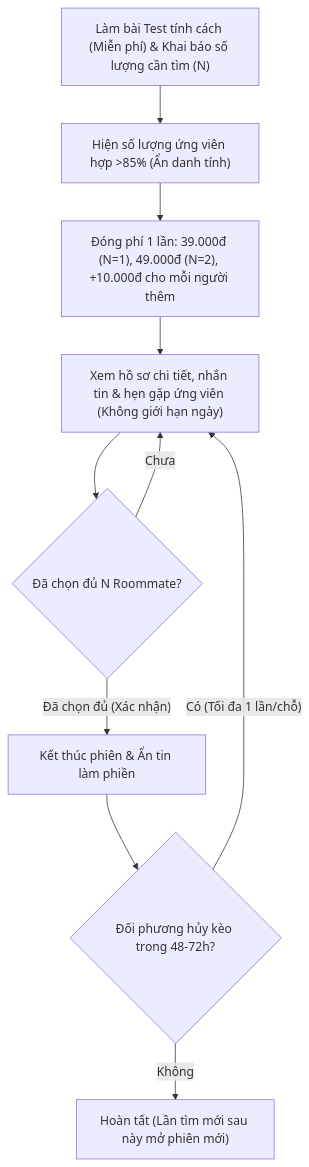
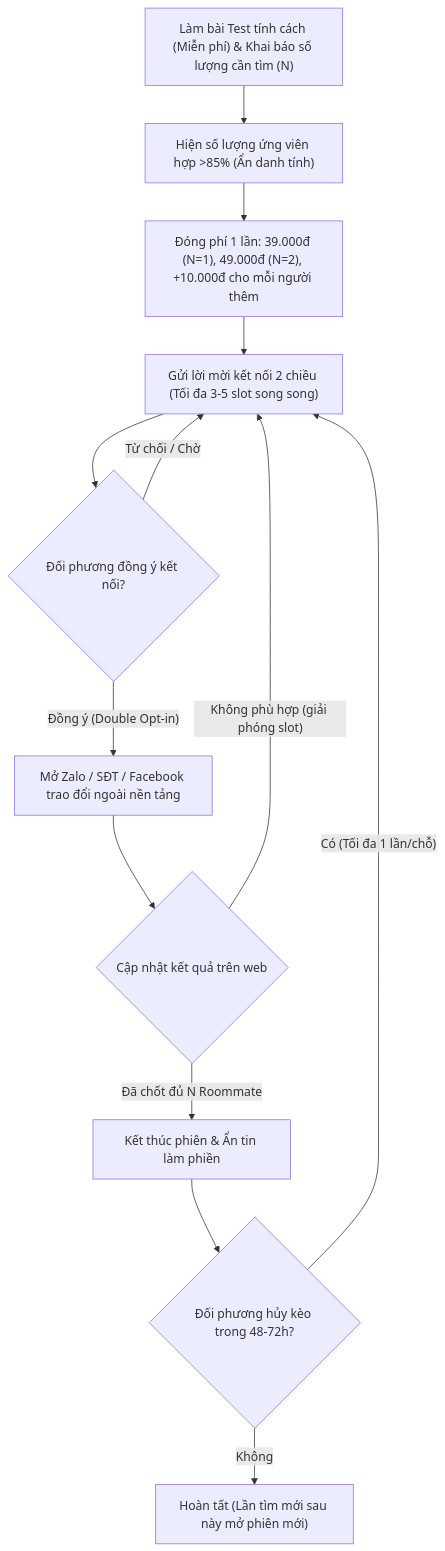
Before and after one commit to mvuonghoang/roomie: the second of 2 diagrams in info/overview.md, drawn with Mermaid. The commit also changed other lines of this file and 41 other files, not shown here.

````diff
--- a/info/overview.md
+++ b/info/overview.md
@@ -87,12 +90,15 @@
 ```mermaid
 flowchart TD
     S1["Làm bài Test tính cách (Miễn phí) & Khai báo số lượng cần tìm (N)"] --> S2["Hiện số lượng ứng viên hợp >85% (Ẩn danh tính)"]
     S2 --> S3["Đóng phí 1 lần: 39.000đ (N=1), 49.000đ (N=2), +10.000đ cho mỗi người thêm"]
-    S3 --> S4["Xem hồ sơ chi tiết, nhắn tin & hẹn gặp ứng viên (Không giới hạn ngày)"]
-    S4 --> S5{"Đã chọn đủ N Roommate?"}
-    S5 -- "Chưa" --> S4
-    S5 -- "Đã chọn đủ (Xác nhận)" --> S6["Kết thúc phiên & Ẩn tin làm phiền"]
-    S6 --> S7{"Đối phương hủy kèo trong 48-72h?"}
-    S7 -- "Có (Tối đa 1 lần/chỗ)" --> S4
-    S7 -- "Không" --> S8["Hoàn tất (Lần tìm mới sau này mở phiên mới)"]
+    S3 --> S4["Gửi lời mời kết nối 2 chiều (Tối đa 3-5 slot song song)"]
+    S4 --> S5{"Đối phương đồng ý kết nối?"}
+    S5 -- "Từ chối / Chờ" --> S4
+    S5 -- "Đồng ý (Double Opt-in)" --> S6["Mở Zalo / SĐT / Facebook trao đổi ngoài nền tảng"]
+    S6 --> S7{"Cập nhật kết quả trên web"}
+    S7 -- "Không phù hợp (giải phóng slot)" --> S4
+    S7 -- "Đã chốt đủ N Roommate" --> S8["Kết thúc phiên & Ẩn tin làm phiền"]
+    S8 --> S9{"Đối phương hủy kèo trong 48-72h?"}
+    S9 -- "Có (Tối đa 1 lần/chỗ)" --> S4
+    S9 -- "Không" --> S10["Hoàn tất (Lần tìm mới sau này mở phiên mới)"]
 ```
````
